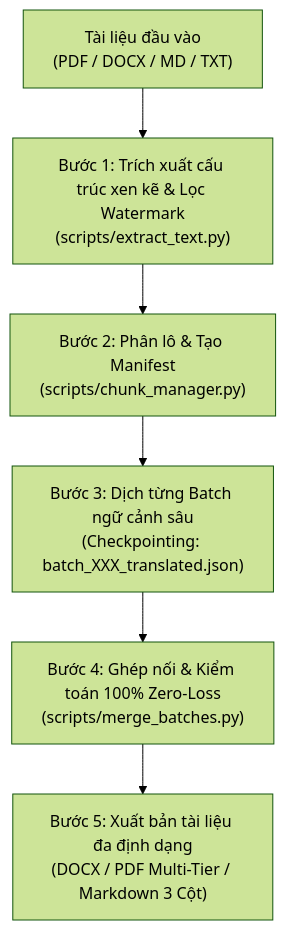
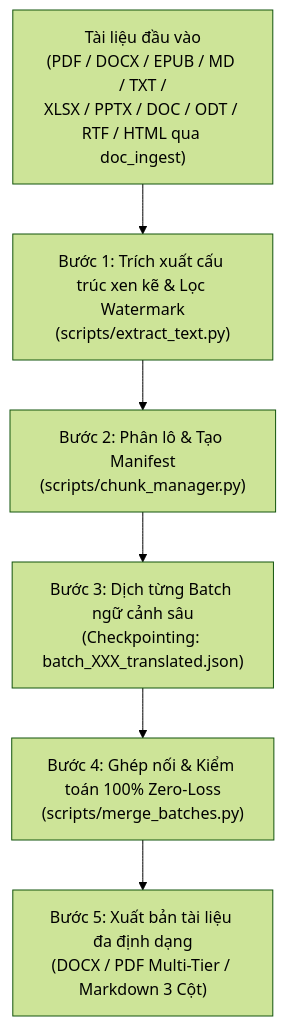
One commit to bangluutru/ai-workforce changed the diagram in .agents/skills/ejv-translate/SKILL.md. Above: the diagram before and after it, drawn with Mermaid (forest theme). The commit also changed other lines of this file and 48 other files, not shown here.

````diff
--- a/.agents/skills/ejv-translate/SKILL.md
+++ b/.agents/skills/ejv-translate/SKILL.md
@@ -79,8 +80,8 @@
 ```mermaid
 graph TD
-    A["Tài liệu đầu vào<br/>(PDF / DOCX / MD / TXT)"] --> B["Bước 1: Trích xuất cấu trúc xen kẽ & Lọc Watermark<br/>(scripts/extract_text.py)"]
+    A["Tài liệu đầu vào<br/>(PDF / DOCX / EPUB / MD / TXT /<br/>XLSX / PPTX / DOC / ODT / RTF / HTML qua doc_ingest)"] --> B["Bước 1: Trích xuất cấu trúc xen kẽ & Lọc Watermark<br/>(scripts/extract_text.py)"]
     B --> C["Bước 2: Phân lô & Tạo Manifest<br/>(scripts/chunk_manager.py)"]
     C --> D["Bước 3: Dịch từng Batch ngữ cảnh sâu<br/>(Checkpointing: batch_XXX_translated.json)"]
     D --> E["Bước 4: Ghép nối & Kiểm toán 100% Zero-Loss<br/>(scripts/merge_batches.py)"]
     E --> F["Bước 5: Xuất bản tài liệu đa định dạng<br/>(DOCX / PDF Multi-Tier / Markdown 3 Cột)"]
 ```
````
